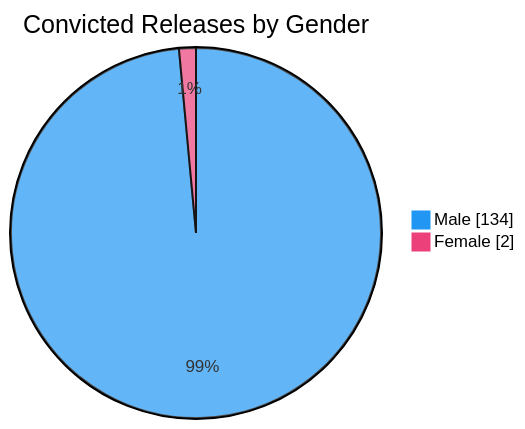
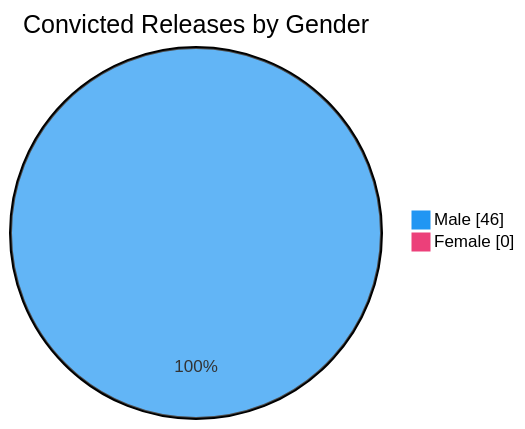
The sixth of 7 diagrams in README.md (nuuuwan/lk_prisons), drawn with Mermaid before and after one commit. The commit also changed other lines of this file and 1 other file, not shown here.

````diff
--- a/README.md
+++ b/README.md
@@ -98,6 +98,6 @@
 ```mermaid
 %%{init: {'themeVariables': {'pie1': '#2196F3', 'pie2': '#EC407A'}}}%%
 pie showData title Convicted Releases by Gender
-    "Male" : 134
-    "Female" : 2
+    "Male" : 46
+    "Female" : 0
 ```
````
